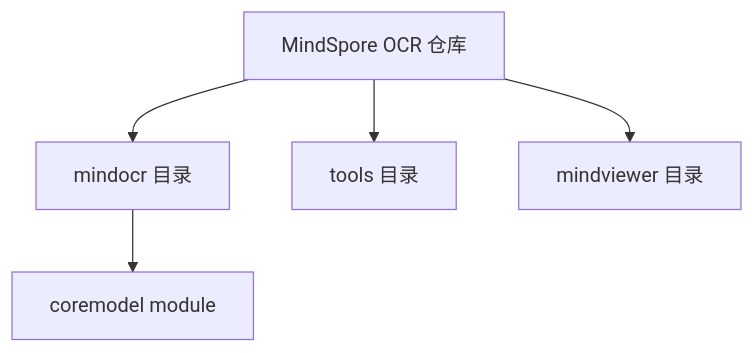
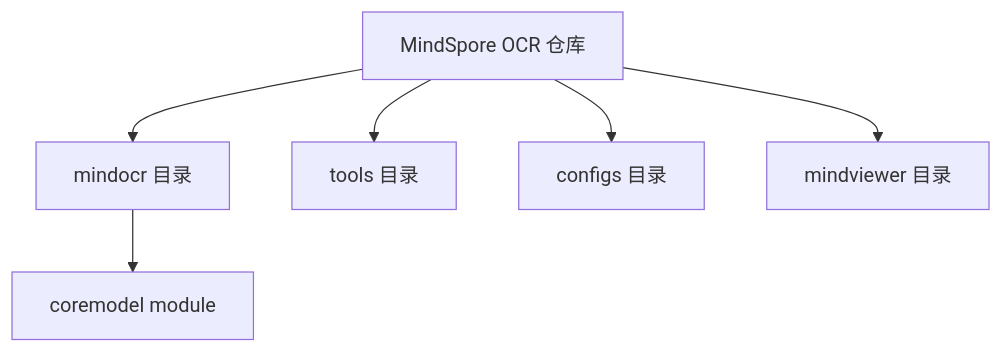
One commit to zhangjunlongtech/mindocr changed the first of 5 diagrams in mindocr/core/CoreModel模块设计说明书.md. Above: the diagram before and after it, drawn with Mermaid. The commit also changed other lines of this file, not shown here.

````diff
--- a/mindocr/core/CoreModel模块设计说明书.md
+++ b/mindocr/core/CoreModel模块设计说明书.md
@@ -164,8 +180,9 @@
 ```mermaid
 graph TD
     A[MindSpore OCR 仓库]
     B --> E[coremodel module]
     A --> C[tools 目录]
-    A --> G[mindviewer 目录]
     A --> B[mindocr 目录]
+    A --> D[configs 目录]
+    A --> F[mindviewer 目录]
 ```
````
